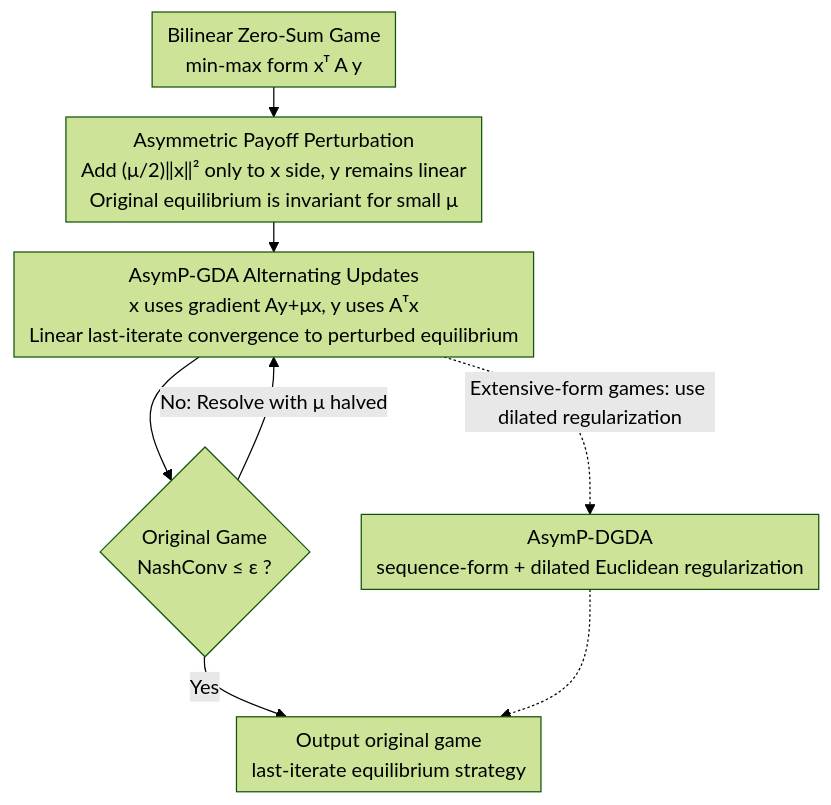
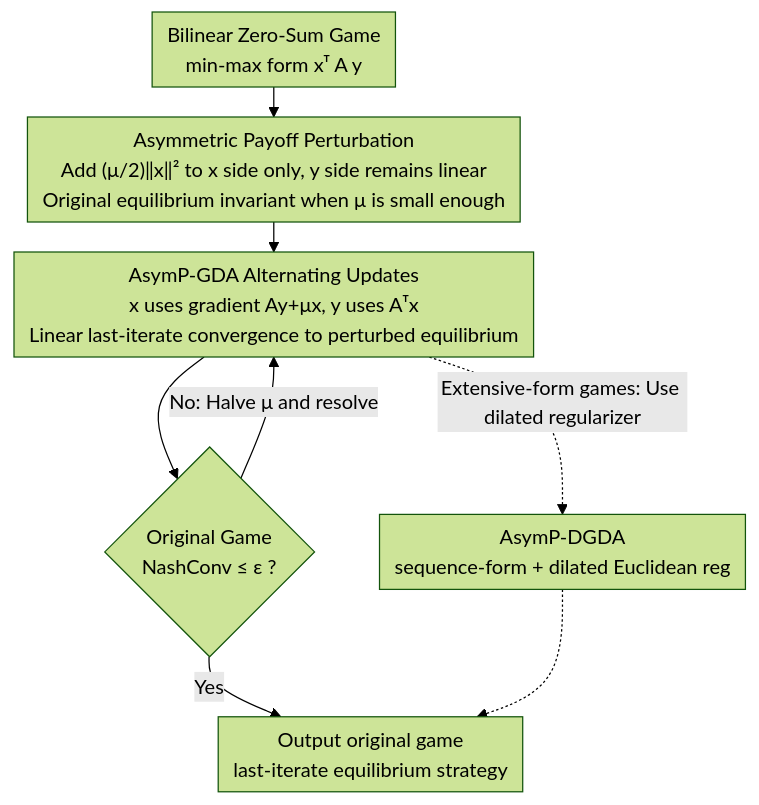
Before and after one commit to zhaoyang97/Paper-Notes-en: the diagram in docs/ICML2026/optimization/asymmetric_perturbation_in_solving_bilinear_saddle-point_optimization.md, drawn with Mermaid (forest theme). The commit also changed other lines of this file and 5084 other files, not shown here.

````diff
--- a/docs/ICML2026/optimization/asymmetric_perturbation_in_solving_bilinear_saddle-point_optimization.md
+++ b/docs/ICML2026/optimization/asymmetric_perturbation_in_solving_bilinear_saddle-point_optimization.md
@@ -47,11 +47,11 @@
 ```mermaid
 %%{init: {'flowchart': {'rankSpacing': 24, 'nodeSpacing': 28, 'padding': 6, 'wrappingWidth': 400}}}%%
 flowchart TD
-    A["Bilinear Zero-Sum Game<br/>min-max form xᵀ A y"] --> B["Asymmetric Payoff Perturbation<br/>Add (μ/2)‖x‖² only to x side, y remains linear<br/>Original equilibrium is invariant for small μ"]
+    A["Bilinear Zero-Sum Game<br/>min-max form xᵀ A y"] --> B["Asymmetric Payoff Perturbation<br/>Add (μ/2)‖x‖² to x side only, y side remains linear<br/>Original equilibrium invariant when μ is small enough"]
     B --> C["AsymP-GDA Alternating Updates<br/>x uses gradient Ay+μx, y uses Aᵀx<br/>Linear last-iterate convergence to perturbed equilibrium"]
     C --> D{"Original Game<br/>NashConv ≤ ε ?"}
-    D -->|No: Resolve with μ halved| C
+    D -->|No: Halve μ and resolve| C
     D -->|Yes| E["Output original game<br/>last-iterate equilibrium strategy"]
-    C -.Extensive-form games: use dilated regularization.-> F["AsymP-DGDA<br/>sequence-form + dilated Euclidean regularization"]
+    C -.Extensive-form games: Use dilated regularizer.-> F["AsymP-DGDA<br/>sequence-form + dilated Euclidean reg"]
     F -.-> E
 ```
````
